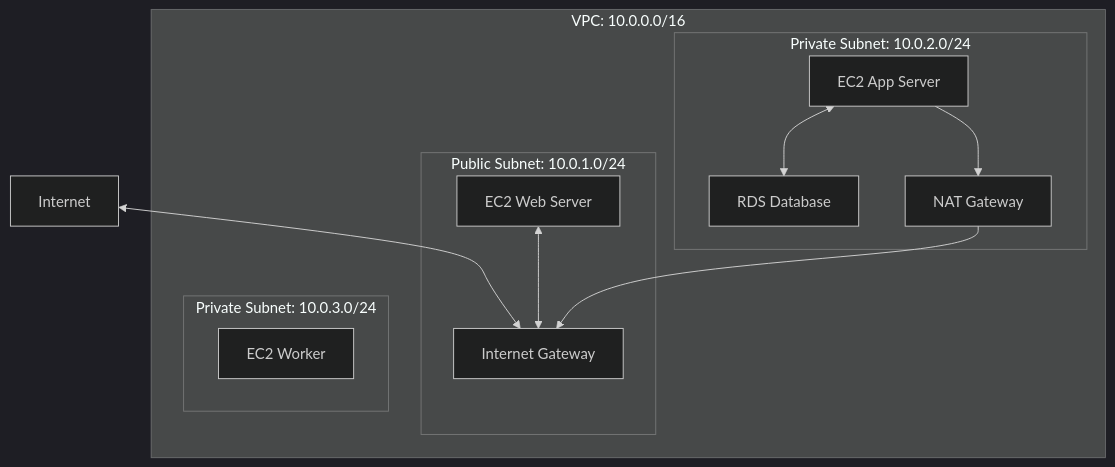
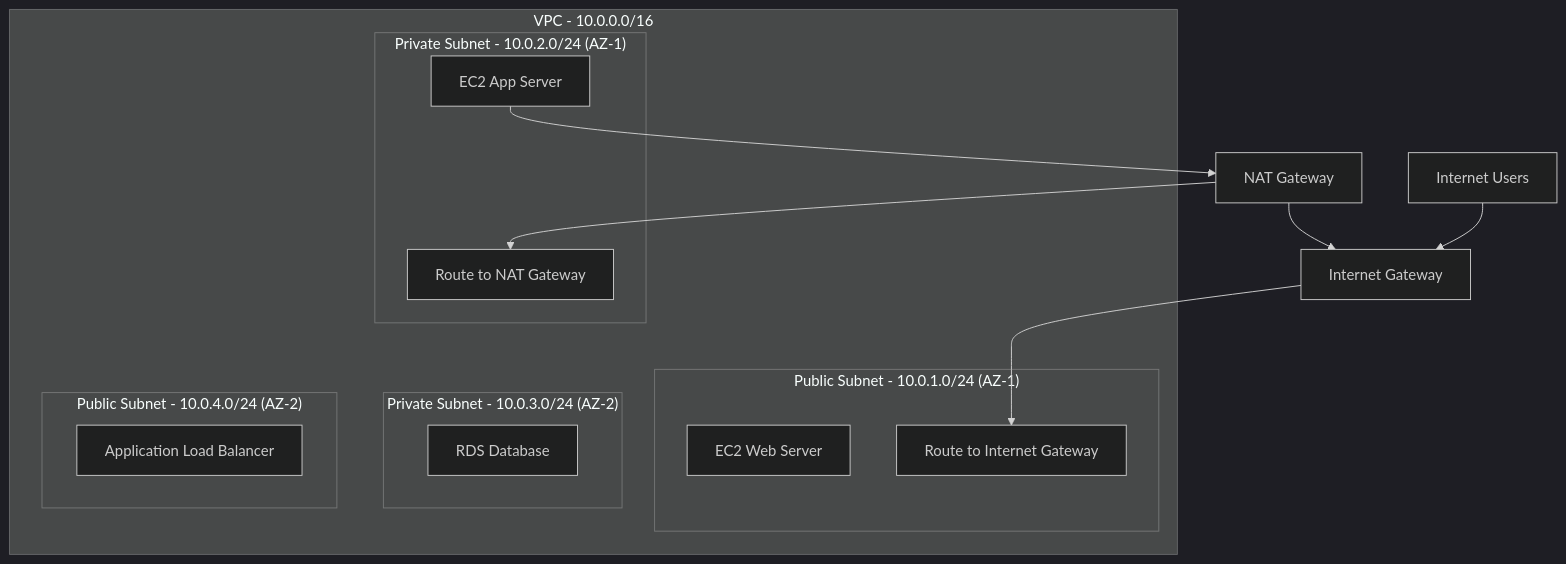
The first of 10 diagrams in src/cloud/aws/vpc.md (vanos001/placement_prep), drawn with Mermaid (dark theme) before and after one commit. The commit also changed other lines of this file and 24 other files, not shown here.

````diff
--- a/src/cloud/aws/vpc.md
+++ b/src/cloud/aws/vpc.md
@@ -9,24 +9,28 @@
 ```mermaid
-graph TD
-    subgraph VPC[VPC: 10.0.0.0/16]
-        subgraph PublicSubnet[Public Subnet: 10.0.1.0/24]
+graph TB
+    subgraph "VPC - 10.0.0.0/16"
+        subgraph "Public Subnet - 10.0.1.0/24 (AZ-1)"
             EC2_PUB[EC2 Web Server]
-            IGW[Internet Gateway]
+            IGW_R[Route to Internet Gateway]
         end
 
-        subgraph PrivateSubnet[Private Subnet: 10.0.2.0/24]
+        subgraph "Private Subnet - 10.0.2.0/24 (AZ-1)"
             EC2_PRIV[EC2 App Server]
-            RDS[RDS Database]
-            NAT[NAT Gateway]
+            NAT_R[Route to NAT Gateway]
         end
 
-        subgraph PrivateSubnet2[Private Subnet: 10.0.3.0/24]
-            EC2_PRIV2[EC2 Worker]
+        subgraph "Private Subnet - 10.0.3.0/24 (AZ-2)"
+            RDS_INST[RDS Database]
+        end
+
+        subgraph "Public Subnet - 10.0.4.0/24 (AZ-2)"
+            ALB[Application Load Balancer]
         end
     end
 
-    INTERNET[Internet] <--> IGW
-    EC2_PUB <--> IGW
-    EC2_PRIV --> NAT --> IGW
-    EC2_PRIV <--> RDS
+    IGW[Internet Gateway] --> IGW_R
+    NAT[NAT Gateway] --> NAT_R
+    USER[Internet Users] --> IGW
+    EC2_PRIV --> NAT
+    NAT --> IGW
 ```
````
